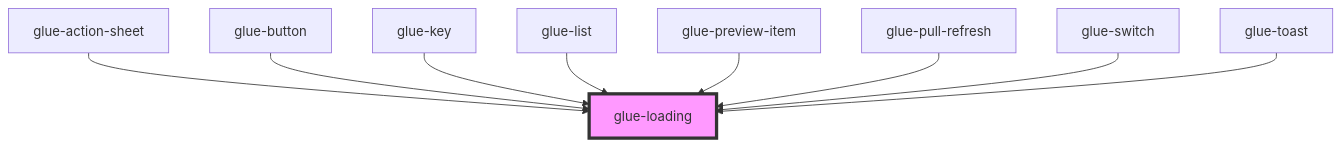
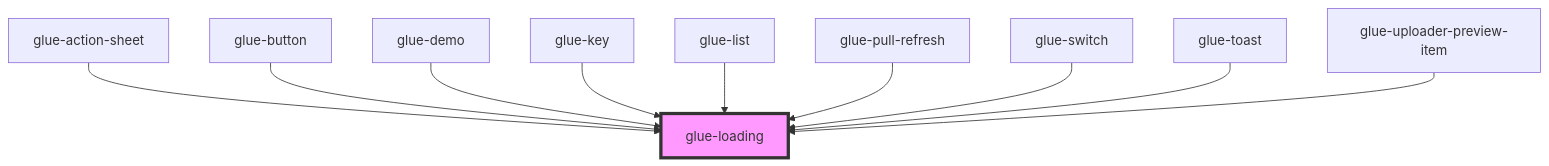
Before and after one commit to grasilife/glue: the diagram in packages/glue-components/src/components/glue-loading/readme.md, drawn with Mermaid. The commit also changed other lines of this file and 17 other files, not shown here.

````diff
--- a/packages/glue-components/src/components/glue-loading/readme.md
+++ b/packages/glue-components/src/components/glue-loading/readme.md
@@ -34,12 +35,13 @@
 ```mermaid
 graph TD;
   glue-action-sheet --> glue-loading
   glue-button --> glue-loading
+  glue-demo --> glue-loading
   glue-key --> glue-loading
   glue-list --> glue-loading
-  glue-preview-item --> glue-loading
   glue-pull-refresh --> glue-loading
   glue-switch --> glue-loading
   glue-toast --> glue-loading
+  glue-uploader-preview-item --> glue-loading
   style glue-loading fill:#f9f,stroke:#333,stroke-width:4px
 ```
````
